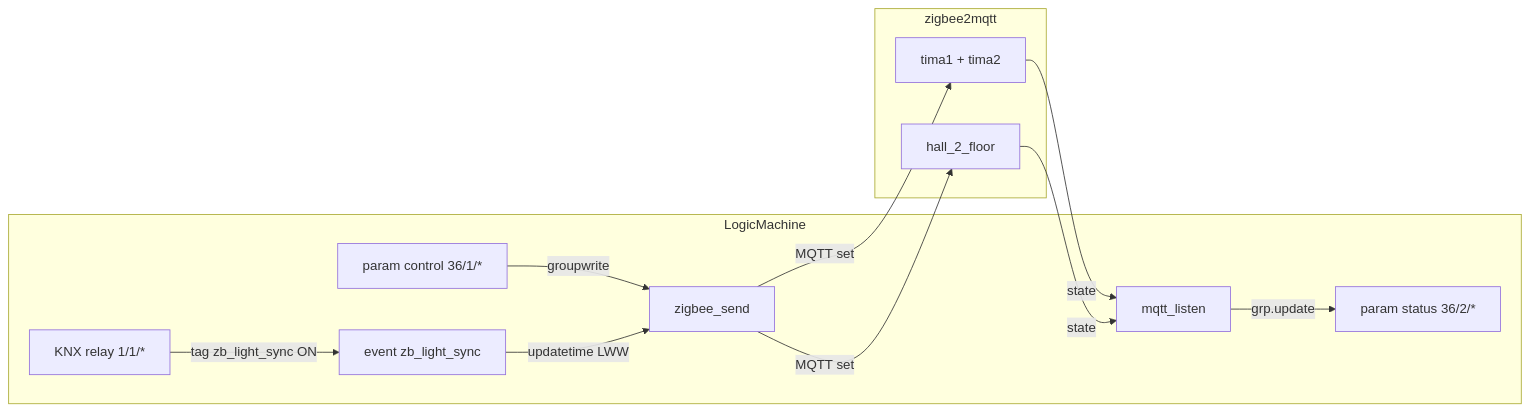
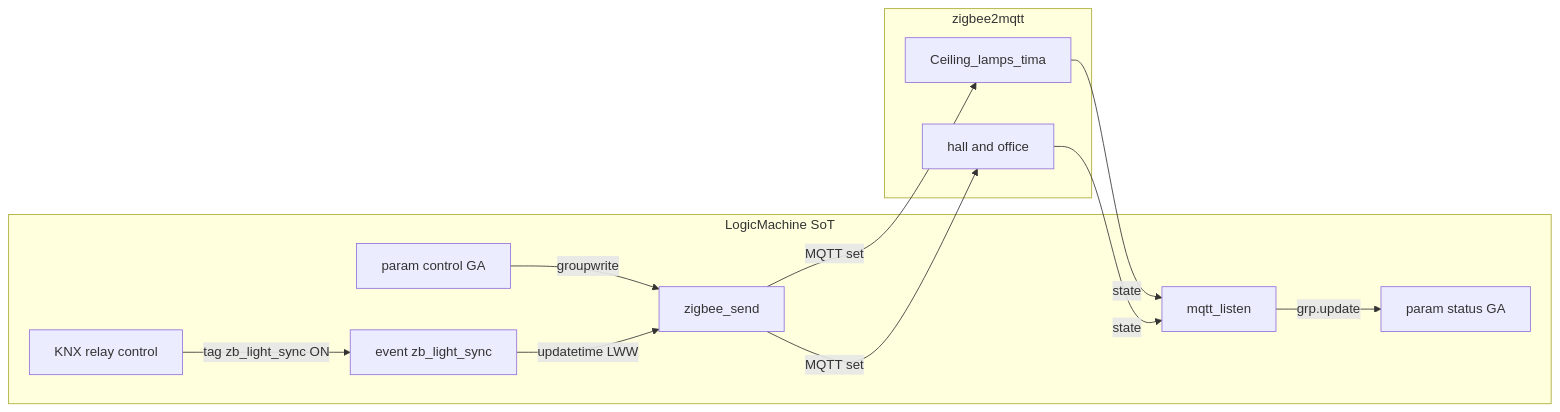
Before and after one commit to AlexeyKorzhebin/CottegeMonitoring: the first of 2 diagrams in docs/superpowers/specs/2026-11-24-zigbee-ceiling-light-params-design.md, drawn with Mermaid. The commit also changed other lines of this file and 31 other files, not shown here.

First line of the commit message:
Ship ceiling-light params end-to-end and stabilize HA/cloud control.

````diff
--- a/docs/superpowers/specs/2026-11-24-zigbee-ceiling-light-params-design.md
+++ b/docs/superpowers/specs/2026-11-24-zigbee-ceiling-light-params-design.md
@@ -57,23 +61,23 @@
 ```mermaid
 flowchart LR
-  subgraph lm [LogicMachine]
-    Relay["KNX relay 1/1/*"]
-    Ctrl["param control 36/1/*"]
-    Stat["param status 36/2/*"]
+  subgraph lm [LogicMachine SoT]
+    Relay["KNX relay control"]
+    Ctrl["param control GA"]
+    Stat["param status GA"]
     Send["zigbee_send"]
     Listen["mqtt_listen"]
     Sync["event zb_light_sync"]
   end
   subgraph z2m [zigbee2mqtt]
-    Tima["tima1 + tima2"]
-    Hall["hall_2_floor"]
+    Tima["Ceiling_lamps_tima"]
+    Hall["hall and office"]
   end
   Ctrl -->|groupwrite| Send
   Send -->|MQTT set| Tima
   Send -->|MQTT set| Hall
   Tima -->|state| Listen
   Hall -->|state| Listen
   Listen -->|grp.update| Stat
-  Relay -->|tag zb_light_sync ON| Sync
-  Sync -->|updatetime LWW| Send
+  Relay -->|"tag zb_light_sync ON"| Sync
+  Sync -->|"updatetime LWW"| Send
 ```
````
